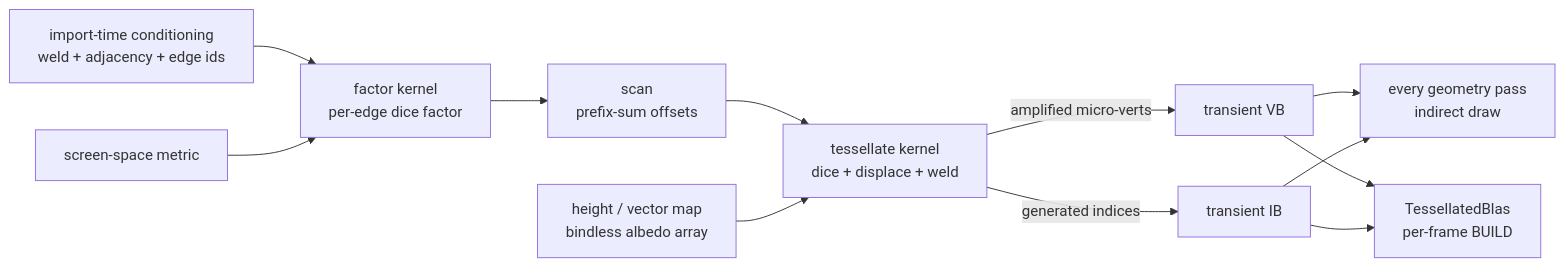
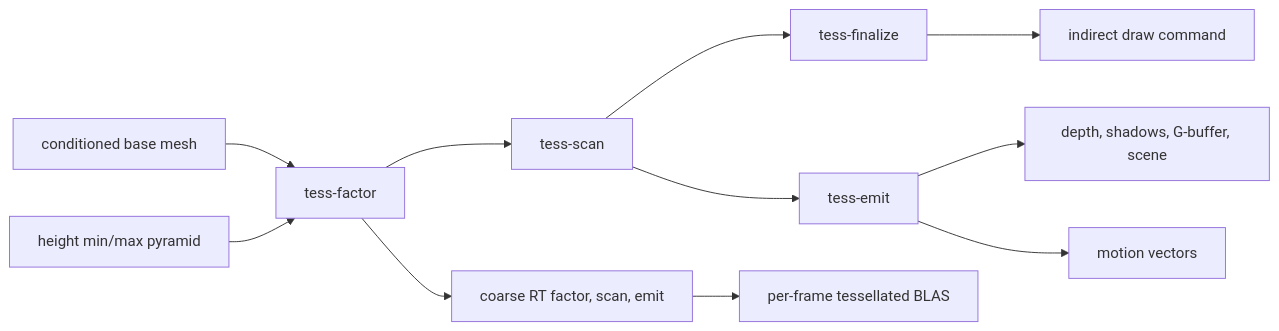
Before and after one commit to saffronjam/SaffronEngine: the diagram in docs/content/explanations/frame-and-render-graph/compute-displacement.md, drawn with Mermaid. The commit also changed other lines of this file and 10 other files, not shown here.

First line of the commit message:
docs: rewrite the frame-and-render-graph pages

````diff
--- a/docs/content/explanations/frame-and-render-graph/compute-displacement.md
+++ b/docs/content/explanations/frame-and-render-graph/compute-displacement.md
@@ -29,14 +14,13 @@
 ```mermaid
 flowchart LR
-  cond[import-time conditioning<br/>weld + adjacency + edge ids] --> factor
-  cam[screen-space metric] --> factor[factor kernel<br/>per-edge dice factor]
-  factor --> scan[scan<br/>prefix-sum offsets]
-  scan --> emit[tessellate kernel<br/>dice + displace + weld]
-  height[height / vector map<br/>bindless albedo array] --> emit
-  emit -->|amplified micro-verts| vb[transient VB]
-  emit -->|generated indices| ib[transient IB]
-  vb --> raster[every geometry pass<br/>indirect draw]
-  vb --> blas[TessellatedBlas<br/>per-frame BUILD]
-  ib --> raster
-  ib --> blas
+  mesh[conditioned base mesh] --> factor[tess-factor]
+  pyramid[height min/max pyramid] --> factor
+  factor --> scan[tess-scan]
+  scan --> finalize[tess-finalize]
+  scan --> emit[tess-emit]
+  finalize --> args[indirect draw command]
+  emit --> raster[depth, shadows, G-buffer, scene]
+  emit --> motion[motion vectors]
+  factor --> coarse[coarse RT factor, scan, emit]
+  coarse --> blas[per-frame tessellated BLAS]
 ```
````
